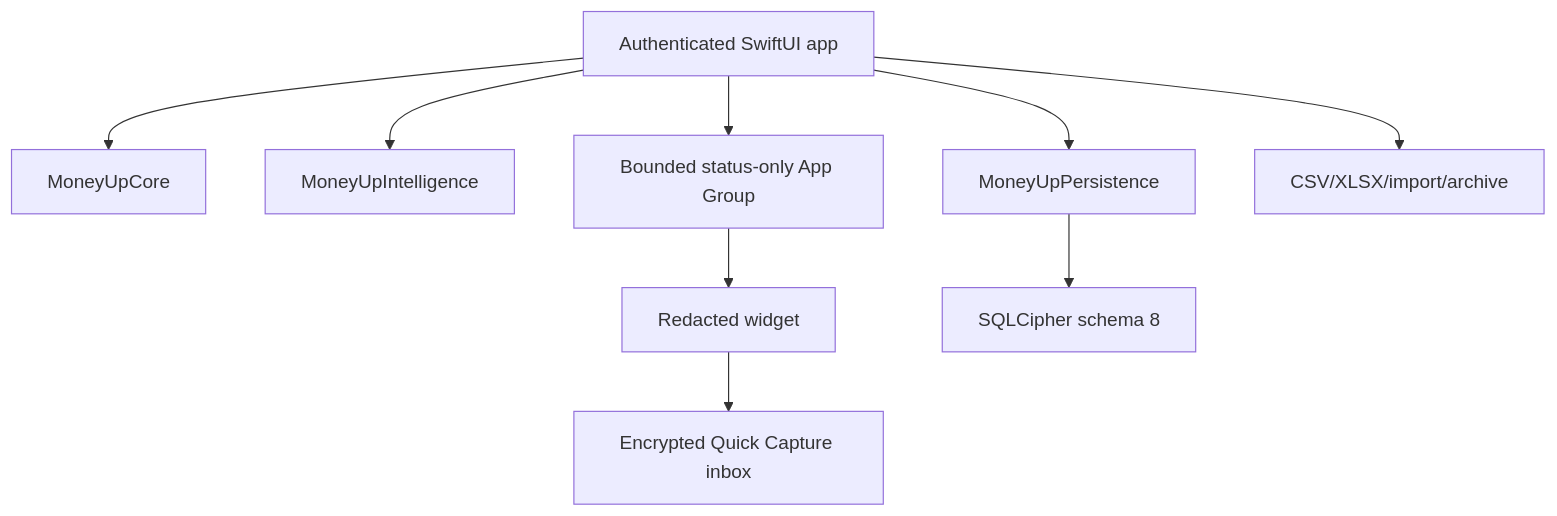
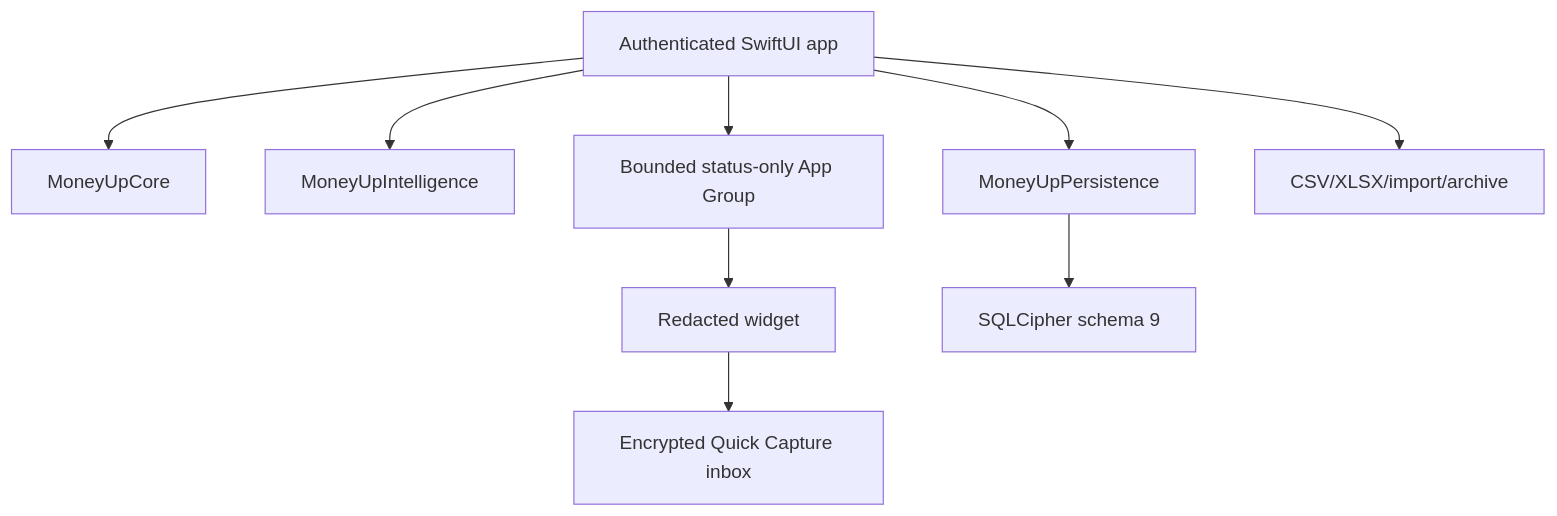
The diagram in docs/ARCHITECTURE.md (LaiWenKang/MoneyUp), drawn with Mermaid before and after one commit. The commit also changed other lines of this file and 48 other files, not shown here.

````diff
--- a/docs/ARCHITECTURE.md
+++ b/docs/ARCHITECTURE.md
@@ -5,11 +5,11 @@
 ```mermaid
 flowchart TD
     Widget["Redacted widget"] --> Capture["Encrypted Quick Capture inbox"]
     App["Authenticated SwiftUI app"] --> Core["MoneyUpCore"]
     App --> Intel["MoneyUpIntelligence"]
     App --> Store["MoneyUpPersistence"]
-    Store --> Cipher["SQLCipher schema 8"]
+    Store --> Cipher["SQLCipher schema 9"]
     App --> Shared["Bounded status-only App Group"]
     Shared --> Widget
     App --> Files["CSV/XLSX/import/archive"]
 ```
````
